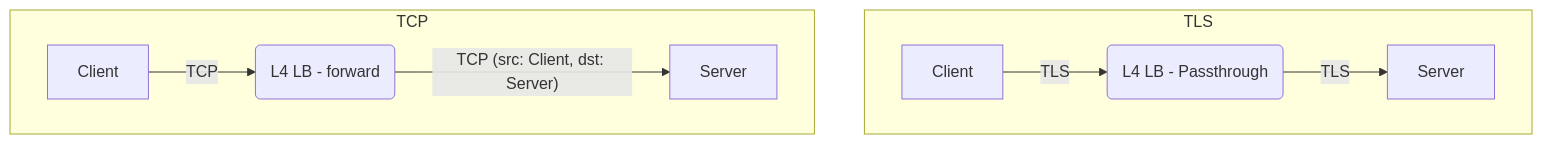
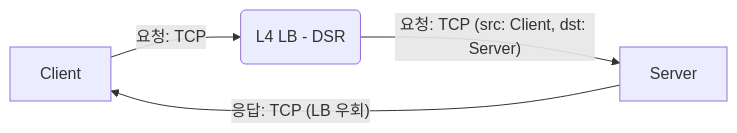
One commit to HyunmoAhn/hyunmoahn.github.io changed the fifth of 8 diagrams in blog/2025-11-23-before-gateway-api-l4-l7-tcp-http-tls.md. Above: the diagram before and after it, drawn with Mermaid. The commit also changed other lines of this file, not shown here.

````diff
--- a/blog/2025-11-23-before-gateway-api-l4-l7-tcp-http-tls.md
+++ b/blog/2025-11-23-before-gateway-api-l4-l7-tcp-http-tls.md
@@ -211,10 +227,5 @@
 ```mermaid
-flowchart TD
-    subgraph TLS
-        Client2["Client"] -- TLS --> LB2("L4 LB - Passthrough") -- TLS --> Server2["Server"]
-    end
-
-    subgraph TCP
-        Client -- TCP --> LB("L4 LB - forward")  -- TCP (src: Client, dst: Server) --> Server
-    end
+flowchart LR
+    Client -- "요청: TCP" --> LB("L4 LB - DSR")  -- "요청: TCP (src: Client, dst: Server)" --> Server
+    Server -- "응답: TCP (LB 우회)" --> Client
 ```
````
